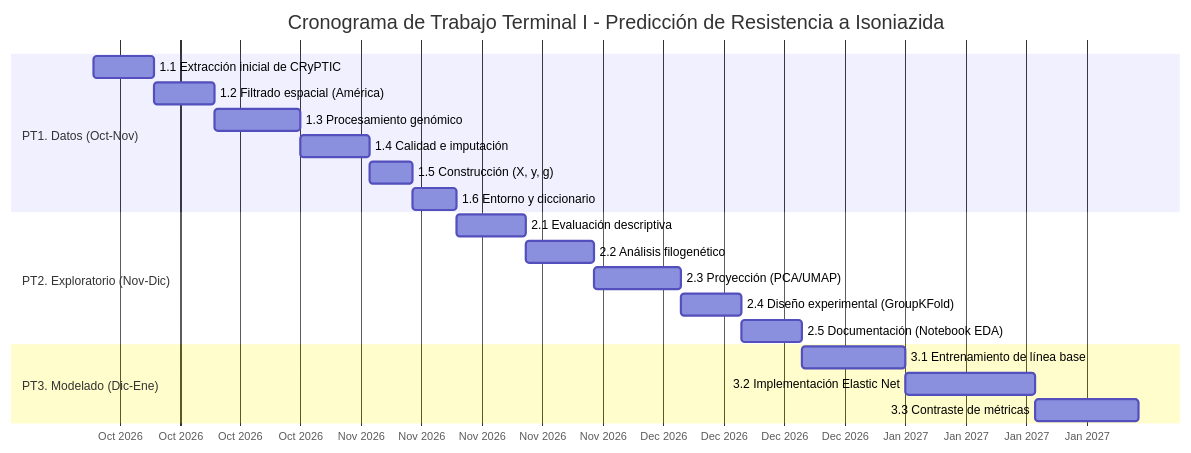
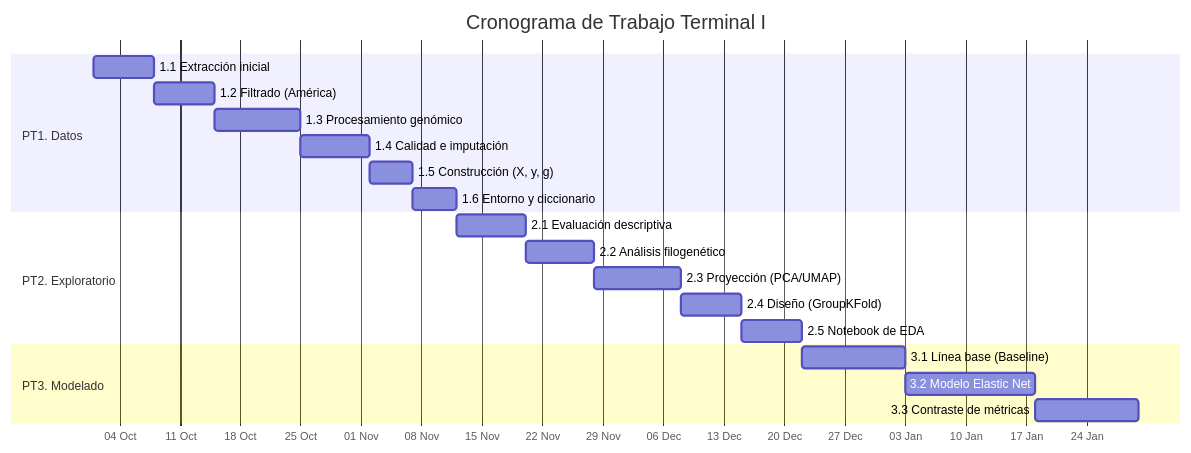
The diagram in README.md (FernandaCedilloo/proyecto-tt-snp), drawn with Mermaid before and after one commit.

Commit message:
Update project timeline and section titles in README

````diff
--- a/README.md
+++ b/README.md
@@ -2,26 +2,27 @@
 ```mermaid
 gantt
-    title Cronograma de Trabajo Terminal I - Predicción de Resistencia a Isoniazida
+    title Cronograma de Trabajo Terminal I
     dateFormat  YYYY-MM-DD
-    axisFormat  %b %Y
+    axisFormat  %d %b
+    tickInterval 1week
 
-    section PT1. Datos (Oct-Nov)
-    1.1 Extracción inicial de CRyPTIC   :a1, 2026-10-01, 7d
-    1.2 Filtrado espacial (América)     :a2, after a1, 7d
-    1.3 Procesamiento genómico          :a3, after a2, 10d
-    1.4 Calidad e imputación            :a4, after a3, 8d
-    1.5 Construcción (X, y, g)          :a5, after a4, 5d
-    1.6 Entorno y diccionario           :a6, after a5, 5d
+    section PT1. Datos
+    1.1 Extracción inicial        :a1, 2026-10-01, 7d
+    1.2 Filtrado (América)        :a2, after a1, 7d
+    1.3 Procesamiento genómico    :a3, after a2, 10d
+    1.4 Calidad e imputación      :a4, after a3, 8d
+    1.5 Construcción (X, y, g)    :a5, after a4, 5d
+    1.6 Entorno y diccionario     :a6, after a5, 5d
 
-    section PT2. Exploratorio (Nov-Dic)
-    2.1 Evaluación descriptiva          :b1, after a6, 8d
-    2.2 Análisis filogenético           :b2, after b1, 8d
-    2.3 Proyección (PCA/UMAP)           :b3, after b2, 10d
-    2.4 Diseño experimental (GroupKFold):b4, after b3, 7d
-    2.5 Documentación (Notebook EDA)    :b5, after b4, 7d
+    section PT2. Exploratorio
+    2.1 Evaluación descriptiva    :b1, after a6, 8d
+    2.2 Análisis filogenético     :b2, after b1, 8d
+    2.3 Proyección (PCA/UMAP)     :b3, after b2, 10d
+    2.4 Diseño (GroupKFold)       :b4, after b3, 7d
+    2.5 Notebook de EDA           :b5, after b4, 7d
 
-    section PT3. Modelado (Dic-Ene)
-    3.1 Entrenamiento de línea base     :c1, after b5, 12d
-    3.2 Implementación Elastic Net      :c2, after c1, 15d
-    3.3 Contraste de métricas           :c3, after c2, 12d
+    section PT3. Modelado
+    3.1 Línea base (Baseline)     :c1, after b5, 12d
+    3.2 Modelo Elastic Net        :c2, after c1, 15d
+    3.3 Contraste de métricas     :c3, after c2, 12d
 ```
````
